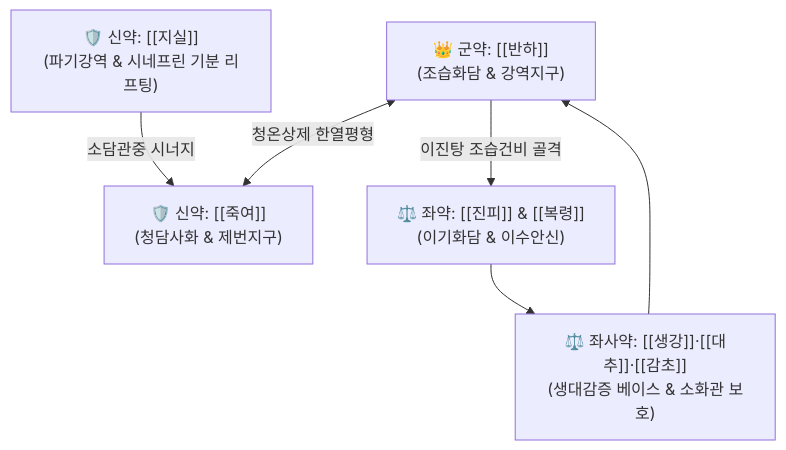
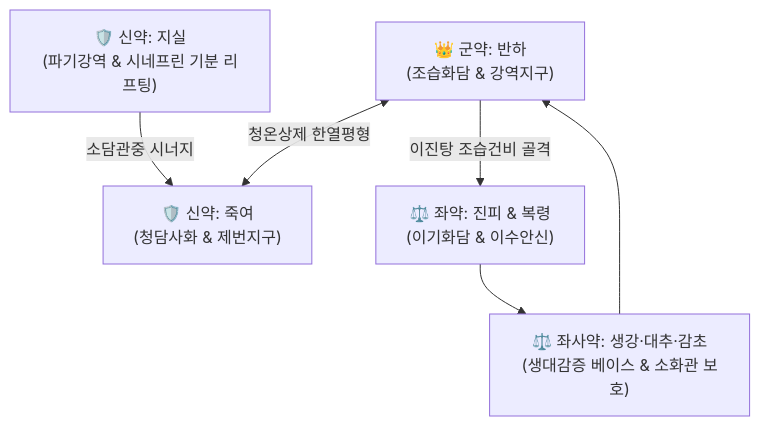
The diagram in content/2. 약리 공부/처방/04_이기·화해제/온담탕.md (simbio11/simbio-digital-garden2), drawn with Mermaid before and after one commit. The commit also changed other lines of this file and 122 other files, not shown here.

````diff
--- a/content/2. 약리 공부/처방/04_이기·화해제/온담탕.md
+++ b/content/2. 약리 공부/처방/04_이기·화해제/온담탕.md
@@ -74,8 +75,8 @@
 ```mermaid
 graph TD
-    BH["👑 군약: [[반하]]<br>(조습화담 & 강역지구)"] <-->|청온상제 한열평형| JY["🛡️ 신약: [[죽여]]<br>(청담사화 & 제번지구)"]
-    BH -->|이진탕 조습건비 골격| JP["⚖️ 좌약: [[진피]] & [[복령]]<br>(이기화담 & 이수안신)"]
-    JS["🛡️ 신약: [[지실]]<br>(파기강역 & 시네프린 기분 리프팅)"] -->|소담관중 시너지| JY
-    SDK["⚖️ 좌사약: [[생강]]·[[대추]]·[[감초]]<br>(생대감증 베이스 & 소화관 보호)"] --> BH
+    BH["👑 군약: 반하<br>(조습화담 & 강역지구)"] <-->|청온상제 한열평형| JY["🛡️ 신약: 죽여<br>(청담사화 & 제번지구)"]
+    BH -->|이진탕 조습건비 골격| JP["⚖️ 좌약: 진피 & 복령<br>(이기화담 & 이수안신)"]
+    JS["🛡️ 신약: 지실<br>(파기강역 & 시네프린 기분 리프팅)"] -->|소담관중 시너지| JY
+    SDK["⚖️ 좌사약: 생강·대추·감초<br>(생대감증 베이스 & 소화관 보호)"] --> BH
     JP --> SDK
 ```
````
